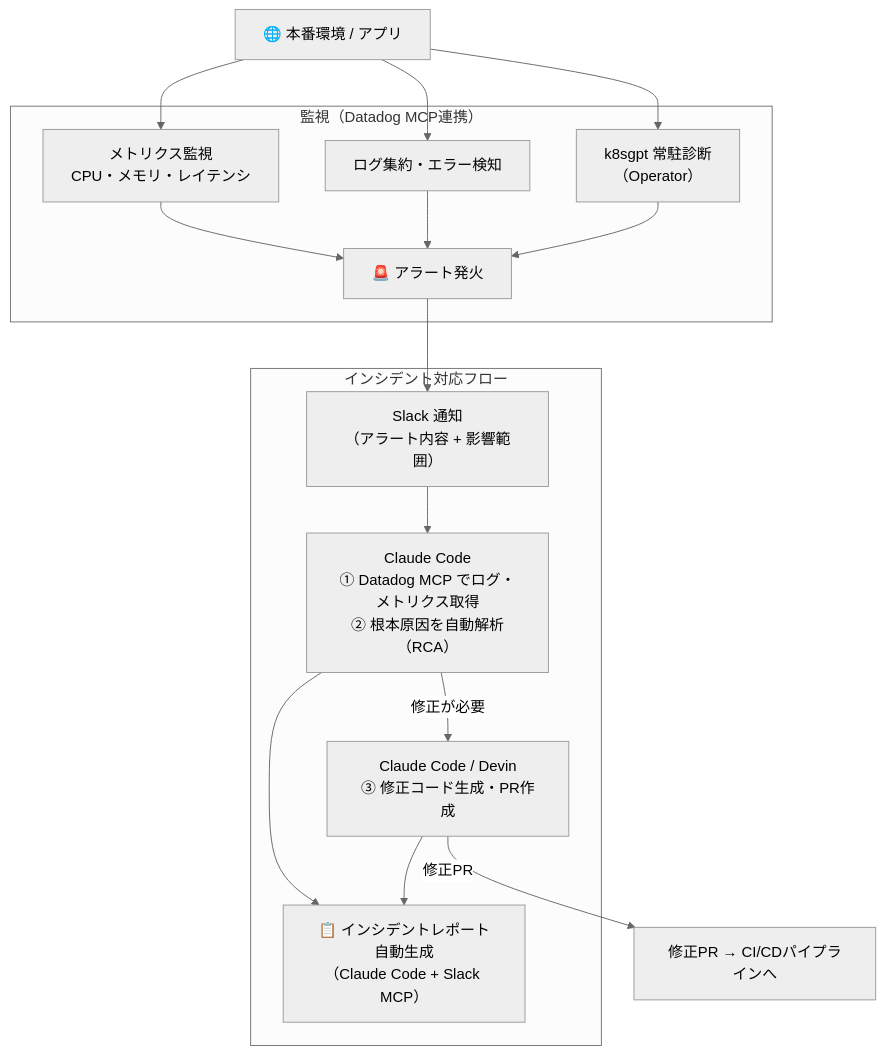
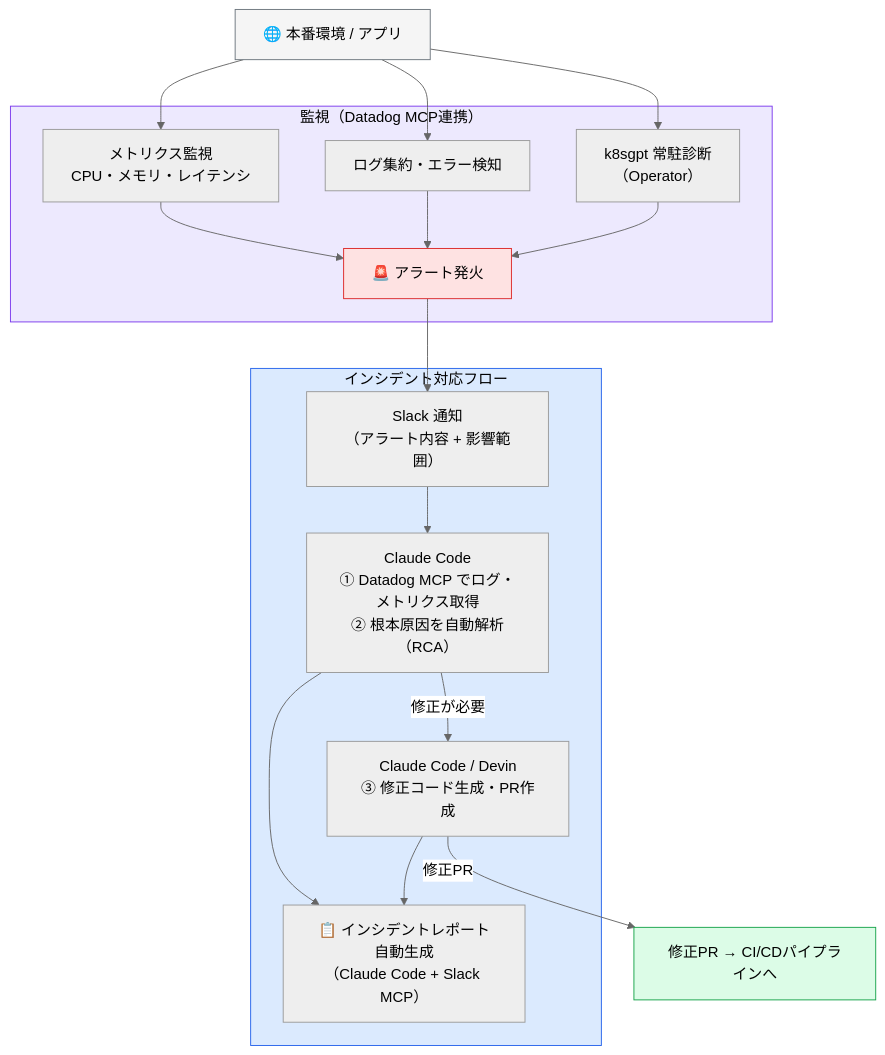
Diagram 19 of 44 in AI駆動開発.md (takuma39/ai), drawn with Mermaid (neutral theme) before and after one commit. The commit also changed other lines of this file, not shown here.

````diff
--- a/AI駆動開発.md
+++ b/AI駆動開発.md
@@ -715,29 +777,35 @@
 ```mermaid
 graph TD
     Prod["🌐 本番環境 / アプリ"]
 
     subgraph monitoring["監視（Datadog MCP連携）"]
         Metrics["メトリクス監視<br/>CPU・メモリ・レイテンシ"]
         Logs["ログ集約・エラー検知"]
         K8sDiag["k8sgpt 常駐診断<br/>（Operator）"]
         Alert["🚨 アラート発火"]
     end
 
     subgraph incident["インシデント対応フロー"]
         SlackAlert["Slack 通知<br/>（アラート内容 + 影響範囲）"]
         Triage["Claude Code<br/>① Datadog MCP でログ・メトリクス取得<br/>② 根本原因を自動解析（RCA）"]
         Fix["Claude Code / Devin<br/>③ 修正コード生成・PR作成"]
         PostMortem["📋 インシデントレポート自動生成<br/>（Claude Code + Slack MCP）"]
     end
 
     CICDReturn["修正PR → CI/CDパイプラインへ"]
 
     Prod --> Metrics & Logs & K8sDiag
     Metrics & Logs & K8sDiag --> Alert
 
     Alert --> SlackAlert
     SlackAlert --> Triage
     Triage -->|"修正が必要"| Fix
     Fix -->|"修正PR"| CICDReturn
     Triage & Fix --> PostMortem
+
+    style Prod fill:#f5f5f5,stroke:#6c757d,color:#000
+    style monitoring fill:#ede9fe,stroke:#7c3aed,color:#000
+    style incident fill:#dbeafe,stroke:#2563eb,color:#000
+    style CICDReturn fill:#dcfce7,stroke:#16a34a,color:#000
+    style Alert fill:#fee2e2,stroke:#dc2626,color:#000
 ```
````
